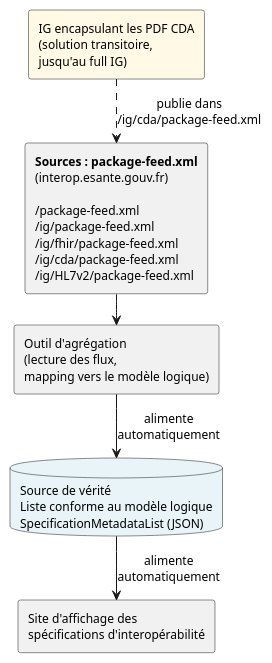
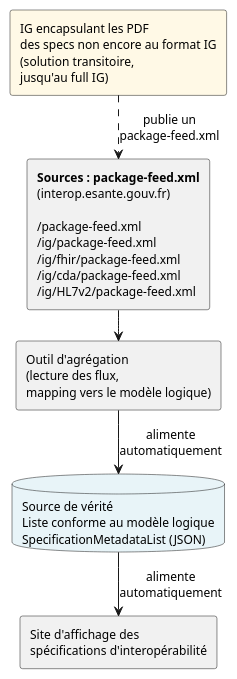
One commit to nriss/metadata-interop-catalog changed the diagram in input/images-source/flux-alimentation.plantuml. Above: the diagram before and after it, drawn with PlantUML. The commit also changed 1 other file, not shown here.

Commit message:
Problématique généralisée : specs non encore au format IG (le CDA n'en est qu'un cas)

```diff
--- a/input/images-source/flux-alimentation.plantuml
+++ b/input/images-source/flux-alimentation.plantuml
@@ -1,22 +1,22 @@
 @startuml flux-alimentation
 skinparam shadowing false
 skinparam defaultFontSize 12
 skinparam nodesep 20
 skinparam ranksep 30
 scale max 800 width
 
 rectangle "**Sources : package-feed.xml**\n(interop.esante.gouv.fr)\n\n/package-feed.xml\n/ig/package-feed.xml\n/ig/fhir/package-feed.xml\n/ig/cda/package-feed.xml\n/ig/HL7v2/package-feed.xml" as feeds
 
-rectangle "IG encapsulant les PDF CDA\n(solution transitoire,\njusqu'au full IG)" as ig_pdf #fff9e6
+rectangle "IG encapsulant les PDF\ndes specs non encore au format IG\n(solution transitoire,\njusqu'au full IG)" as ig_pdf #fff9e6
 
 rectangle "Outil d'agrégation\n(lecture des flux,\nmapping vers le modèle logique)" as tool
 
 database "Source de vérité\nListe conforme au modèle logique\nSpecificationMetadataList (JSON)" as truth #e8f4f8
 
 rectangle "Site d'affichage des\nspécifications d'interopérabilité" as site
 
-ig_pdf ..> feeds : publie dans\n/ig/cda/package-feed.xml
+ig_pdf ..> feeds : publie un\npackage-feed.xml
 feeds --> tool
 tool --> truth : alimente\nautomatiquement
 truth --> site : alimente\nautomatiquement
 @enduml
```
